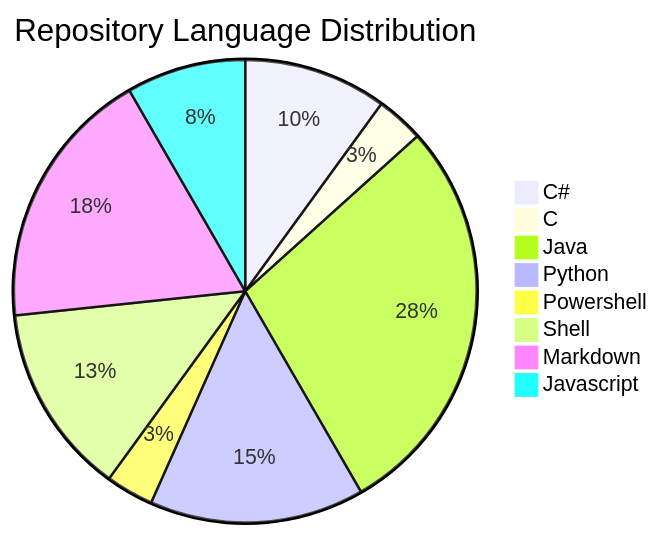
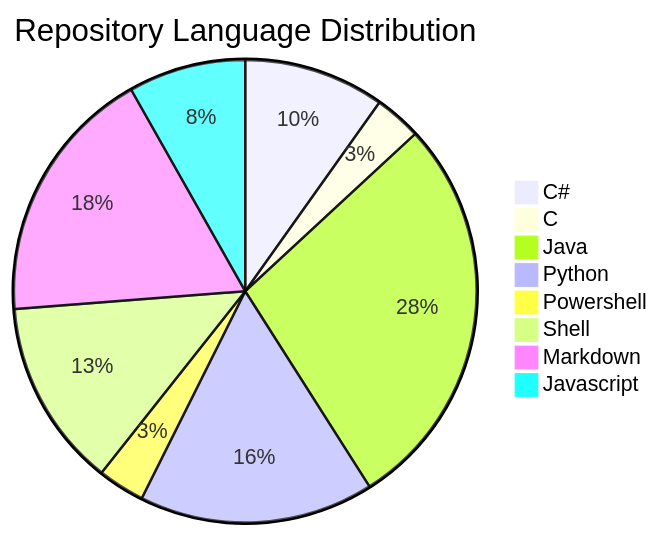
Before and after one commit to F4NT0/F4NT0: the diagram in README.md, drawn with Mermaid.

````diff
--- a/README.md
+++ b/README.md
@@ -27,11 +27,11 @@
 ```mermaid
 pie title Repository Language Distribution
     "C#" : 6
     "C": 2
     "Java" : 17
-    "Python" : 9
+    "Python" : 10
     "Powershell" : 2
     "Shell" : 8
     "Markdown" : 11
     "Javascript" : 5
 ```
````
